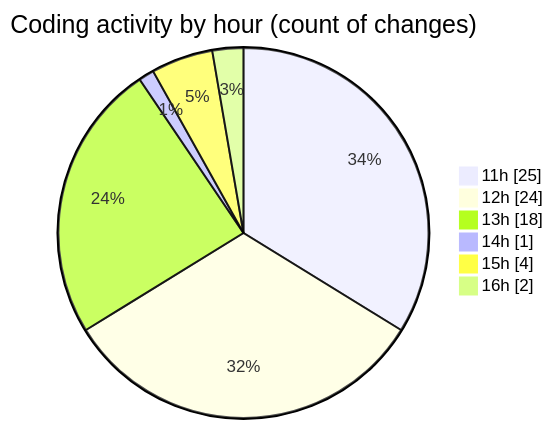
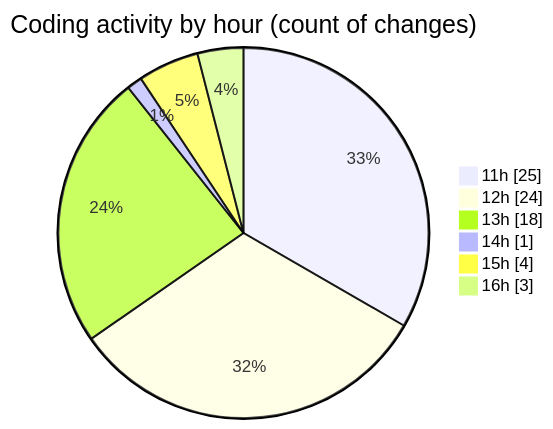
One commit to MatusMokan/code-tracking changed the second of 2 diagrams in 2025-04-12/myws__workspace_/README.md. Above: the diagram before and after it, drawn with Mermaid. The commit also changed other lines of this file and 1 other file, not shown here.

````diff
--- a/2025-04-12/myws__workspace_/README.md
+++ b/2025-04-12/myws__workspace_/README.md
@@ -32,10 +33,10 @@
 ```mermaid
 pie showData
 title Coding activity by hour (count of changes)
 "11h" : 25
 "12h" : 24
 "13h" : 18
 "14h" : 1
 "15h" : 4
-"16h" : 2
+"16h" : 3
 ```
````
